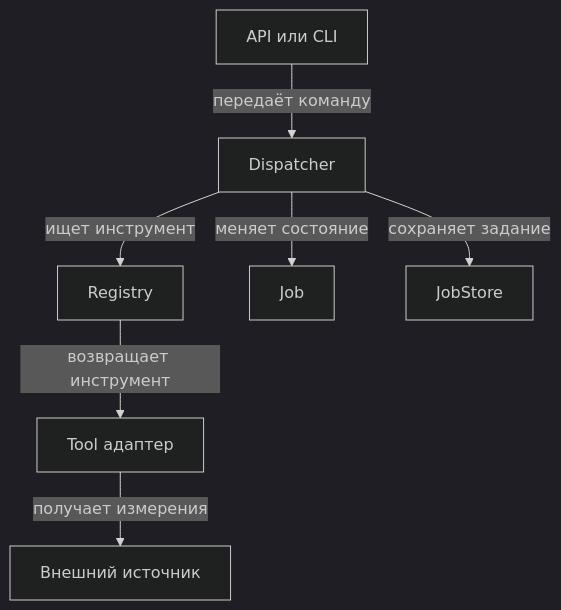
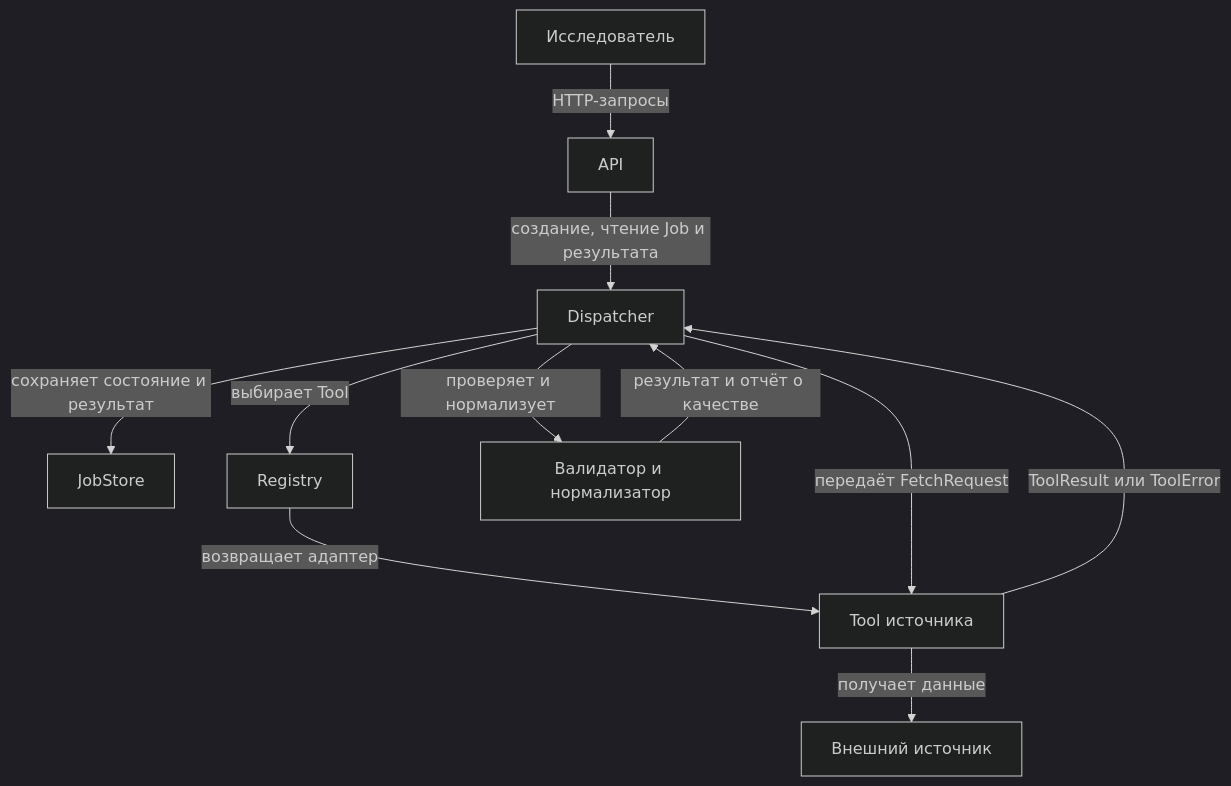
Before and after one commit to NaVi-4oK/team-amd: the third of 4 diagrams in architecture.md, drawn with Mermaid (dark theme). The commit also changed other lines of this file, not shown here.

````diff
--- a/architecture.md
+++ b/architecture.md
@@ -15,9 +72,13 @@
 ```mermaid
 flowchart TD
-    client[API или CLI] -->|передаёт команду| dispatcher[Dispatcher]
-    dispatcher -->|ищет инструмент| registry[Registry]
-    registry -->|возвращает инструмент| tool[Tool адаптер]
-    dispatcher -->|меняет состояние| job[Job]
-    dispatcher -->|сохраняет задание| store[JobStore]
-    tool -->|получает измерения| external[Внешний источник]
+    researcher[Исследователь] -->|HTTP-запросы| api[API]
+    api -->|создание, чтение Job и результата| dispatcher[Dispatcher]
+    dispatcher -->|сохраняет состояние и результат| store[JobStore]
+    dispatcher -->|выбирает Tool| registry[Registry]
+    registry -->|возвращает адаптер| tool[Tool источника]
+    dispatcher -->|передаёт FetchRequest| tool
+    tool -->|получает данные| source[Внешний источник]
+    tool -->|ToolResult или ToolError| dispatcher
+    dispatcher -->|проверяет и нормализует| validator[Валидатор и нормализатор]
+    validator -->|результат и отчёт о качестве| dispatcher
 ```
````
